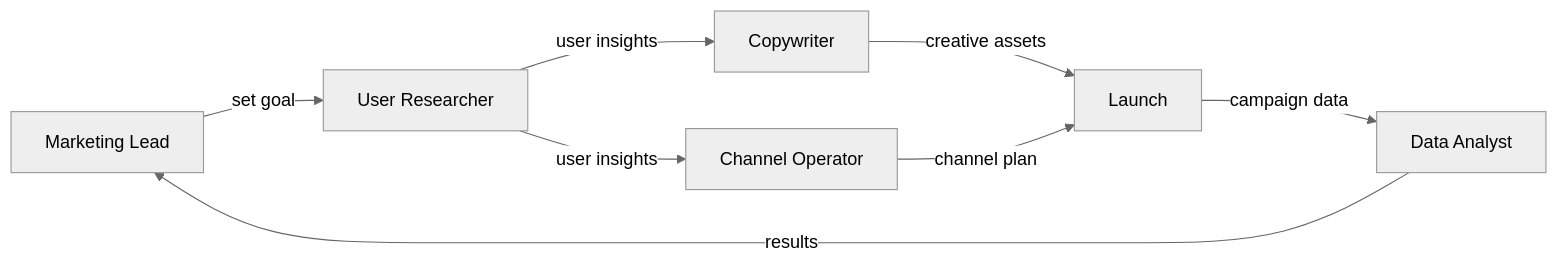
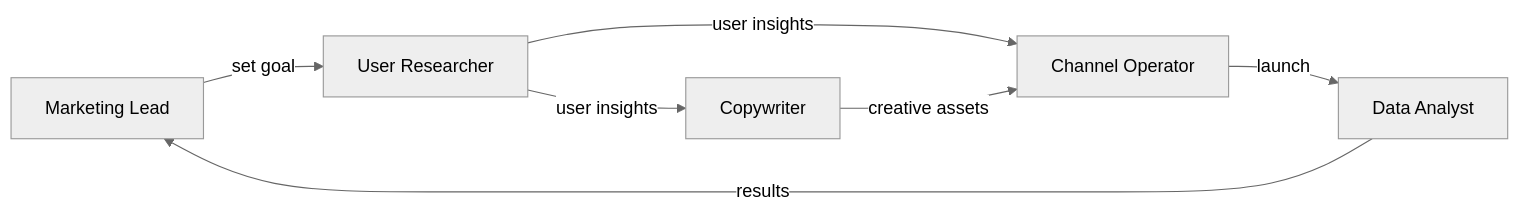
One commit to icylight/pi-tavern changed the sixth of 7 diagrams in README.en.md. Above: the diagram before and after it, drawn with Mermaid (neutral theme). The commit also changed other lines of this file and 1 other file, not shown here.

Commit message:
docs(readme): 两处动作节点修正——内容出版删「发布」节点（主编定稿为终点）、市场活动「投放」并入边（渠道运营执行投放）（QA 终验口径：节点=纯职位、动作走边）

````diff
--- a/README.en.md
+++ b/README.en.md
@@ -168,9 +167,8 @@
 ```mermaid
 flowchart LR
     MK["Marketing Lead"] -->|"set goal"| UR["User Researcher"]
     UR -->|"user insights"| CP["Copywriter"] & CH["Channel Operator"]
-    CP -->|"creative assets"| LA["Launch"]
-    CH -->|"channel plan"| LA
-    LA -->|"campaign data"| DA["Data Analyst"]
+    CP -->|"creative assets"| CH
+    CH -->|"launch"| DA["Data Analyst"]
     DA -->|"results"| MK
 ```
````
